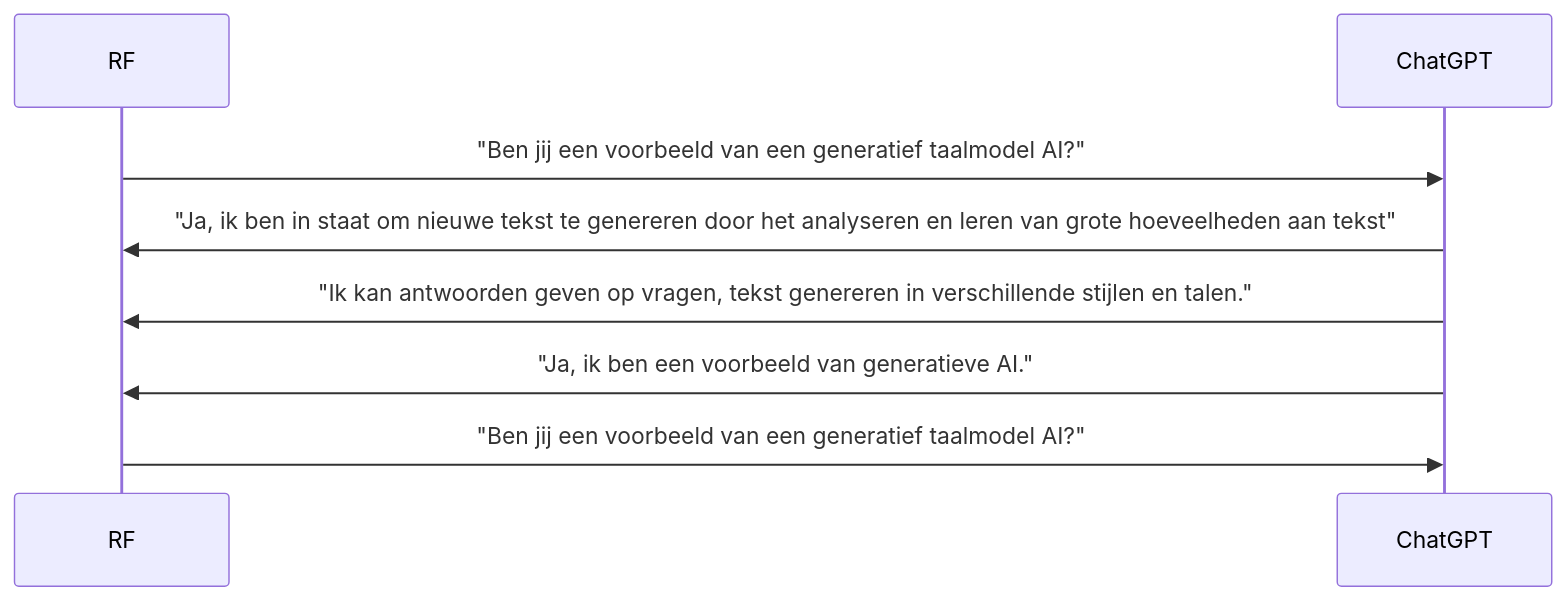
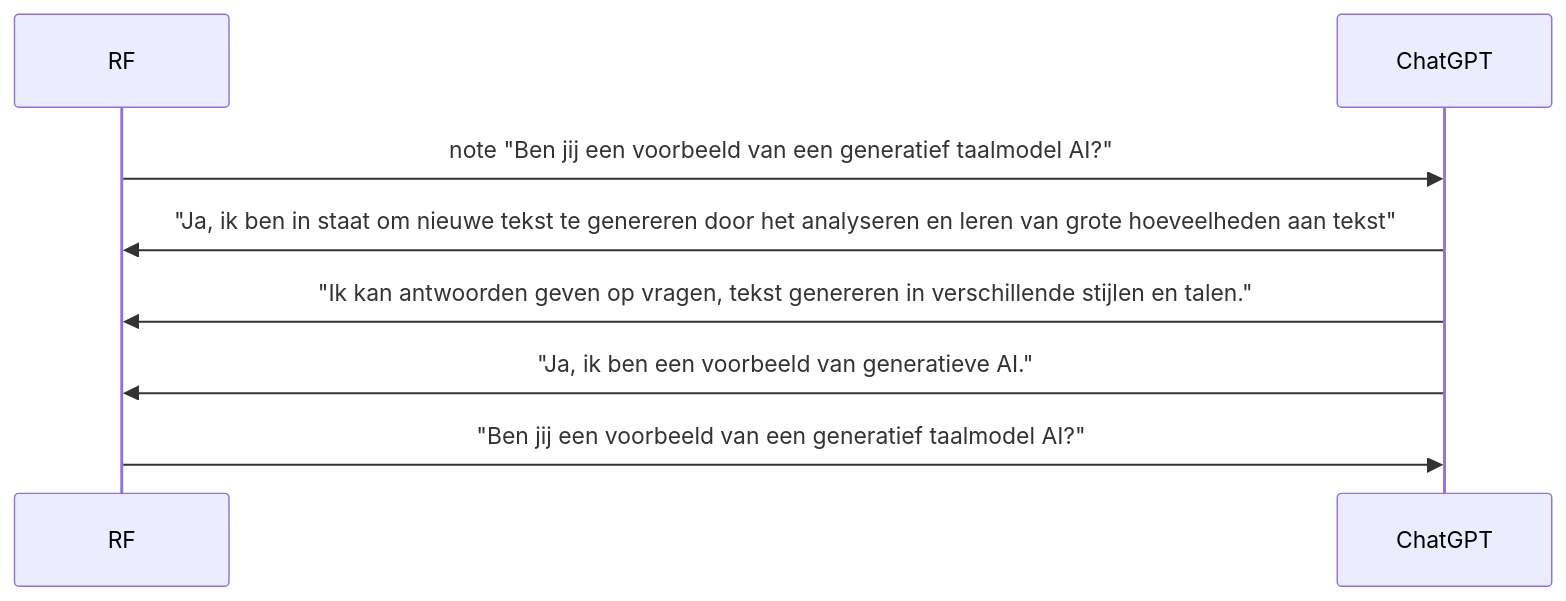
The second of 2 diagrams in README.md (robvdw/AI-s-NEW-FRONTIER--Chat-GPT), drawn with Mermaid before and after one commit. The commit also changed other lines of this file, not shown here.

````diff
--- a/README.md
+++ b/README.md
@@ -96,8 +101,8 @@
 ```mermaid
 sequenceDiagram
-RF->>ChatGPT: "Ben jij een voorbeeld van een generatief taalmodel AI?"
+RF->>ChatGPT: note "Ben jij een voorbeeld van een generatief taalmodel AI?"
 ChatGPT->>RF: "Ja, ik ben in staat om nieuwe tekst te genereren door het analyseren en leren van grote hoeveelheden aan tekst"
 ChatGPT->>RF: "Ik kan antwoorden geven op vragen, tekst genereren  in verschillende stijlen en talen."
 ChatGPT->>RF: "Ja, ik ben een voorbeeld van generatieve AI."
-RF->>ChatGPT: "Ben jij een voorbeeld van een generatief taalmodel AI?"
+RF->>ChatGPT: "Ben jij een voorbeeld van een generatief taalmodel AI?" 
 ```
````
